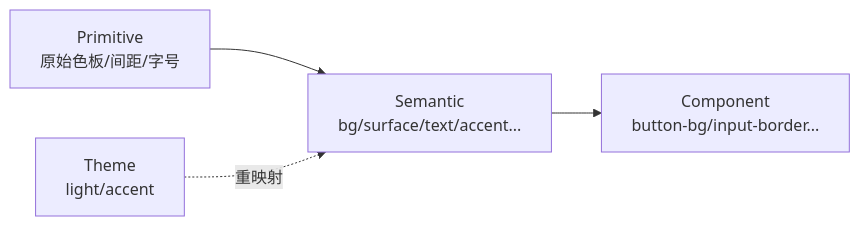
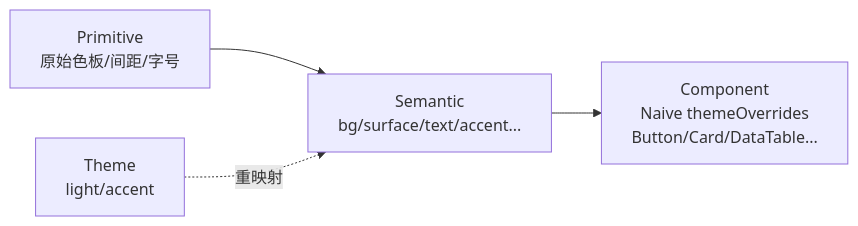
Before and after one commit to ThzxxArt/WSLPilot: the fourth of 5 diagrams in WSLPilot-设计书.md, drawn with Mermaid. The commit also changed other lines of this file and 153 other files, not shown here.

````diff
--- a/WSLPilot-设计书.md
+++ b/WSLPilot-设计书.md
@@ -1140,6 +1171,6 @@
 ```mermaid
 flowchart LR
   P[Primitive<br/>原始色板/间距/字号] --> S[Semantic<br/>bg/surface/text/accent...]
-  S --> C[Component<br/>button-bg/input-border...]
+  S --> C[Component<br/>Naive themeOverrides<br/>Button/Card/DataTable...]
   T[Theme<br/>light/accent] -.重映射.-> S
 ```
````
